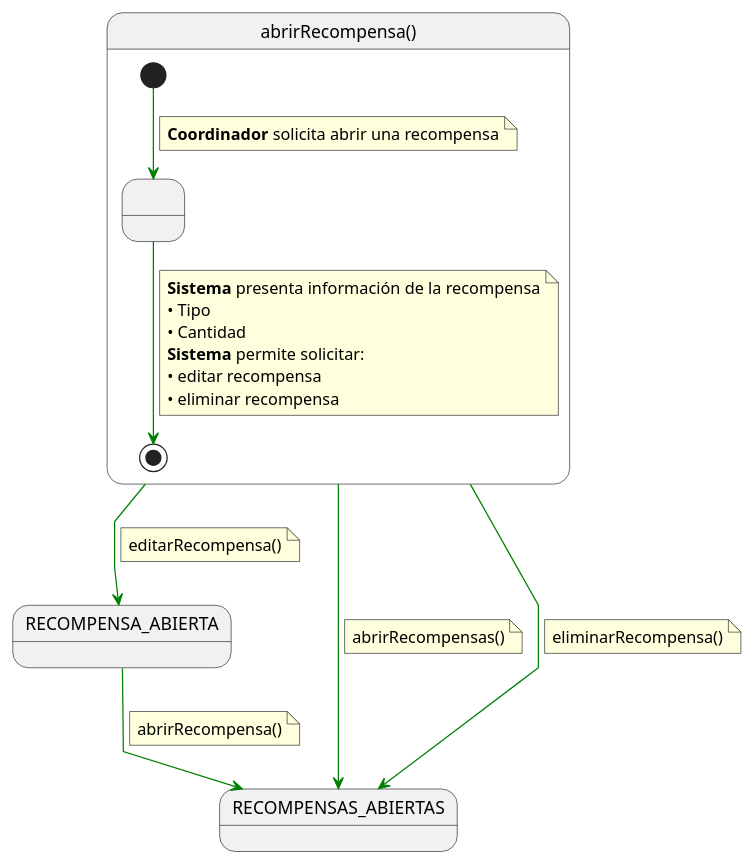
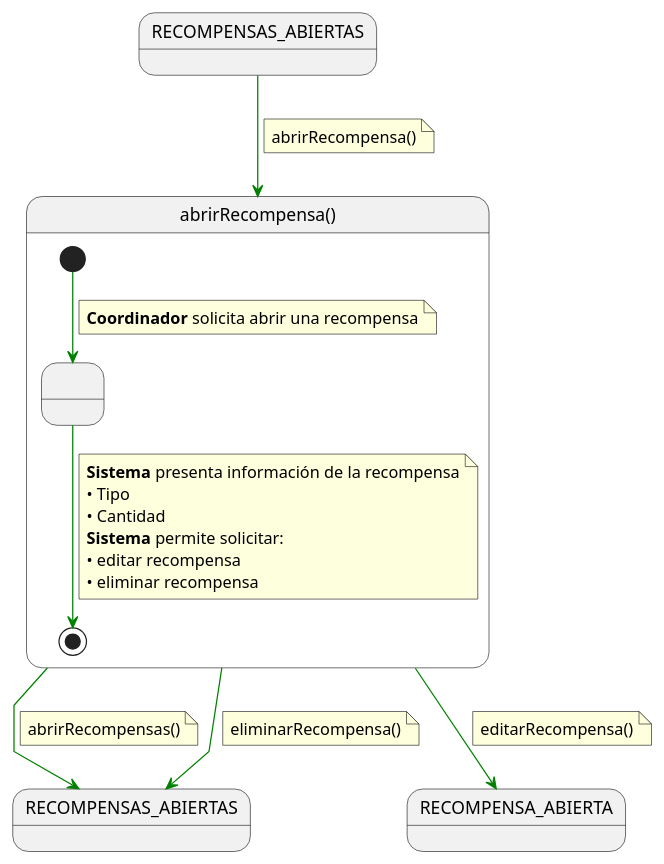
Before and after one commit to 31Diego/25-26-IdSw1-SdR: the diagram in documentación/CasosDeUso/Detalle/Coordinador/09-recompensas/abrirRecompensa.puml, drawn with PlantUML. The commit also changed 18 other files, not shown here.

```diff
--- a/documentación/CasosDeUso/Detalle/Coordinador/09-recompensas/abrirRecompensa.puml
+++ b/documentación/CasosDeUso/Detalle/Coordinador/09-recompensas/abrirRecompensa.puml
@@ -1,45 +1,47 @@
 @startuml abrirRecompensa
 
 skinparam linetype polyline
+
+state in2 as "RECOMPENSAS_ABIERTAS"
+in2 -[#green]-> abrirRecompensa
+note on link
+abrirRecompensa()
+end note
 
 state abrirRecompensa as "abrirRecompensa()" {
 
     state " " as MostrandoRecompensa
 
     [*] -[#green]-> MostrandoRecompensa
     note on link
     <b>Coordinador</b> solicita abrir una recompensa
     end note
 
     MostrandoRecompensa -[#green]-> [*]
     note on link
     <b>Sistema</b> presenta información de la recompensa
     • Tipo
     • Cantidad
     <b>Sistema</b> permite solicitar:
     • editar recompensa
     • eliminar recompensa
     end note
 }
 
-RECOMPENSA_ABIERTA -[#green]-> RECOMPENSAS_ABIERTAS
-note on link
-abrirRecompensa()
-end note
 
 abrirRecompensa -[#green]-> RECOMPENSAS_ABIERTAS
 note on link
 abrirRecompensas()
 end note
 
 abrirRecompensa -[#green]-> RECOMPENSAS_ABIERTAS
 note on link
 eliminarRecompensa()
 end note
 
 abrirRecompensa -[#green]-> RECOMPENSA_ABIERTA
 note on link
 editarRecompensa()
 end note
 
 @enduml
```
